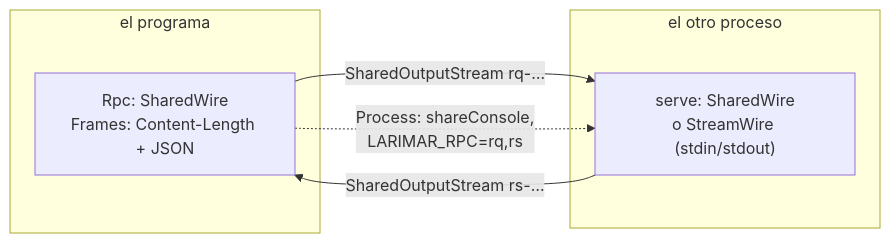
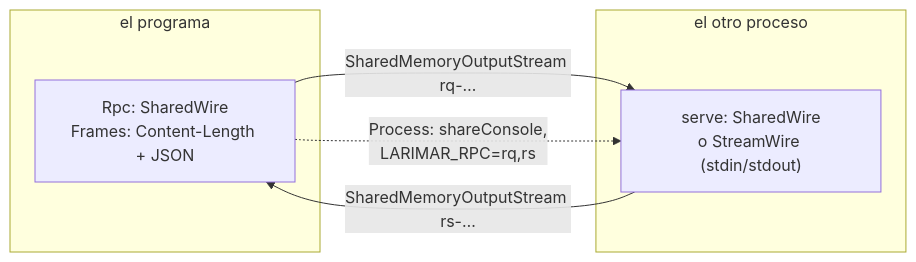
One commit to zerh/larimar changed the fifth of 6 diagrams in docs/compiler-libraries.es.md. Above: the diagram before and after it, drawn with Mermaid. The commit also changed other lines of this file and 263 other files, not shown here.

````diff
--- a/docs/compiler-libraries.es.md
+++ b/docs/compiler-libraries.es.md
@@ -209,12 +163,12 @@
 ```mermaid
 flowchart LR
     subgraph p["el programa"]
         rpc["Rpc: SharedWire<br/>Frames: Content-Length + JSON"]
     end
     subgraph s["el otro proceso"]
         serve["serve: SharedWire<br/>o StreamWire (stdin/stdout)"]
     end
-    rpc -- "SharedOutputStream rq-…" --> serve
-    serve -- "SharedOutputStream rs-…" --> rpc
+    rpc -- "SharedMemoryOutputStream rq-…" --> serve
+    serve -- "SharedMemoryOutputStream rs-…" --> rpc
     rpc -. "Process: shareConsole,<br/>LARIMAR_RPC=rq,rs" .-> serve
 ```
````
